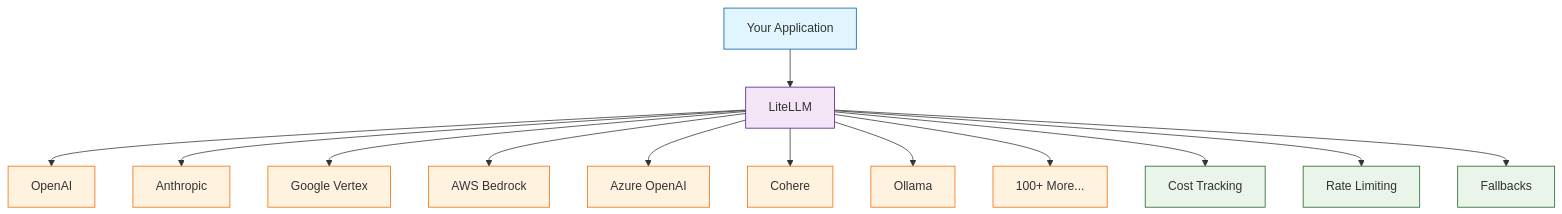
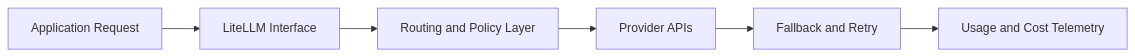
Before and after one commit to johnxie/awesome-code-docs: the diagram in tutorials/litellm-tutorial/index.md, drawn with Mermaid. The commit also changed other lines of this file and 6 other files, not shown here.

````diff
--- a/tutorials/litellm-tutorial/index.md
+++ b/tutorials/litellm-tutorial/index.md
@@ -38,27 +38,8 @@
 ```mermaid
-flowchart TD
-    A[Your Application] --> B[LiteLLM]
-    
-    B --> C[OpenAI]
-    B --> D[Anthropic]
-    B --> E[Google Vertex]
-    B --> F[AWS Bedrock]
-    B --> G[Azure OpenAI]
-    B --> H[Cohere]
-    B --> I[Ollama]
-    B --> J[100+ More...]
-    
-    B --> K[Cost Tracking]
-    B --> L[Rate Limiting]
-    B --> M[Fallbacks]
-    
-    classDef app fill:#e1f5fe,stroke:#01579b
-    classDef litellm fill:#f3e5f5,stroke:#4a148c
-    classDef providers fill:#fff3e0,stroke:#ef6c00
-    classDef features fill:#e8f5e8,stroke:#1b5e20
-    
-    class A app
-    class B litellm
-    class C,D,E,F,G,H,I,J providers
-    class K,L,M features
+flowchart LR
+    A[Application Request] --> B[LiteLLM Interface]
+    B --> C[Routing and Policy Layer]
+    C --> D[Provider APIs]
+    D --> E[Fallback and Retry]
+    E --> F[Usage and Cost Telemetry]
 ```
````
